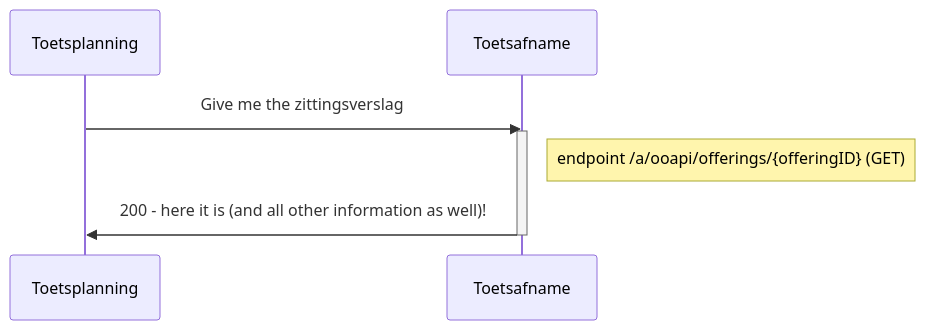
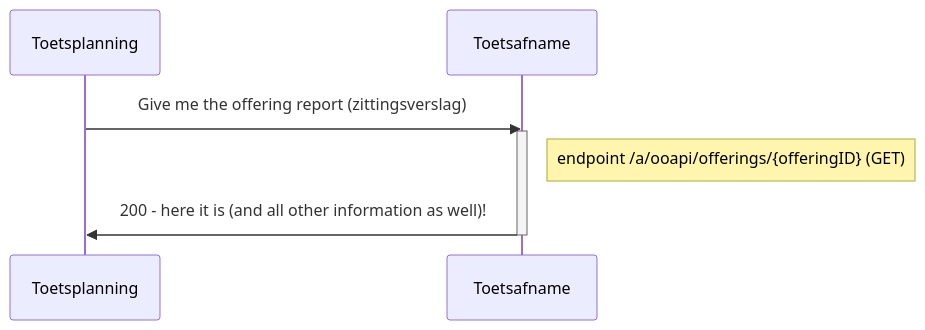
The second of 2 diagrams in doc/diagrams/flow4.md (NetwerkExamineringDigitalisering/NED-OOAPI), drawn with Mermaid before and after one commit. The commit also changed other lines of this file, not shown here.

````diff
--- a/doc/diagrams/flow4.md
+++ b/doc/diagrams/flow4.md
@@ -45,8 +50,8 @@
 ```mermaid
 sequenceDiagram
-  Toetsplanning->>Toetsafname: Give me the zittingsverslag
+  Toetsplanning->>Toetsafname: Give me the offering report (zittingsverslag)
   activate Toetsafname
   Note right of Toetsafname: endpoint /a/ooapi/offerings/{offeringID} (GET)
   Toetsafname->>Toetsplanning: 200 - here it is (and all other information as well)!
   deactivate Toetsafname
 ```
````
